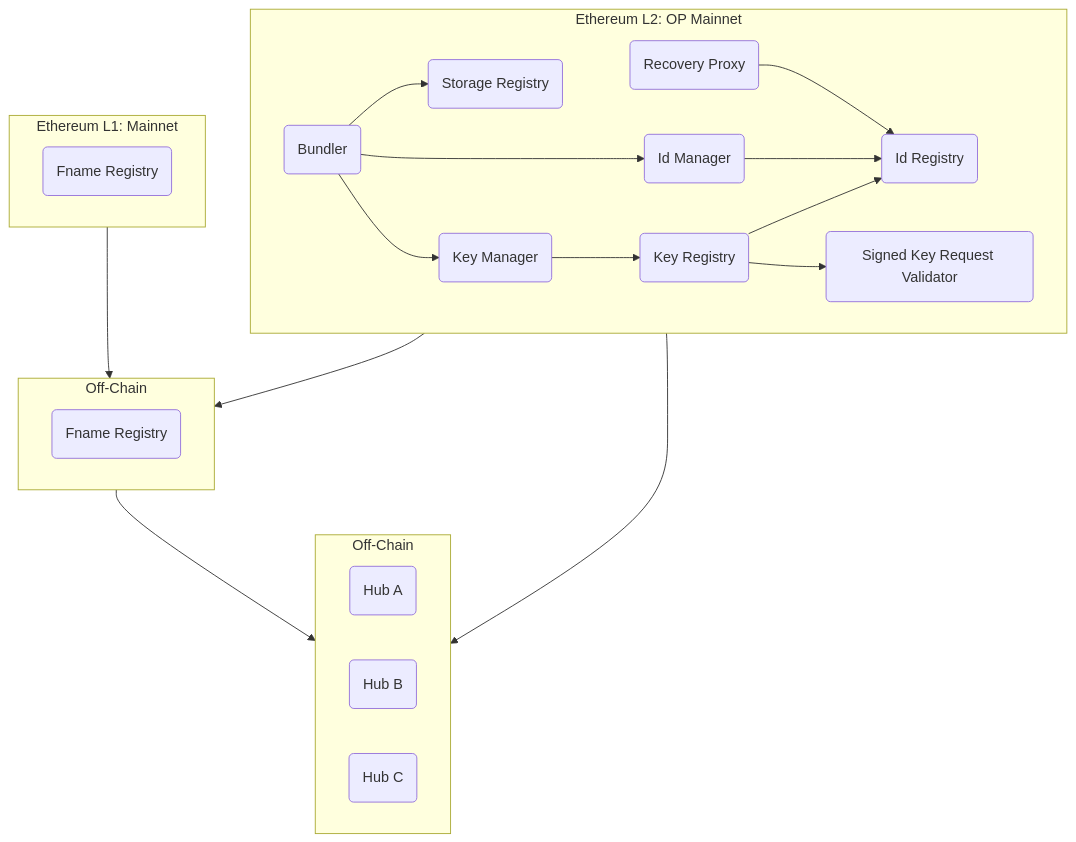
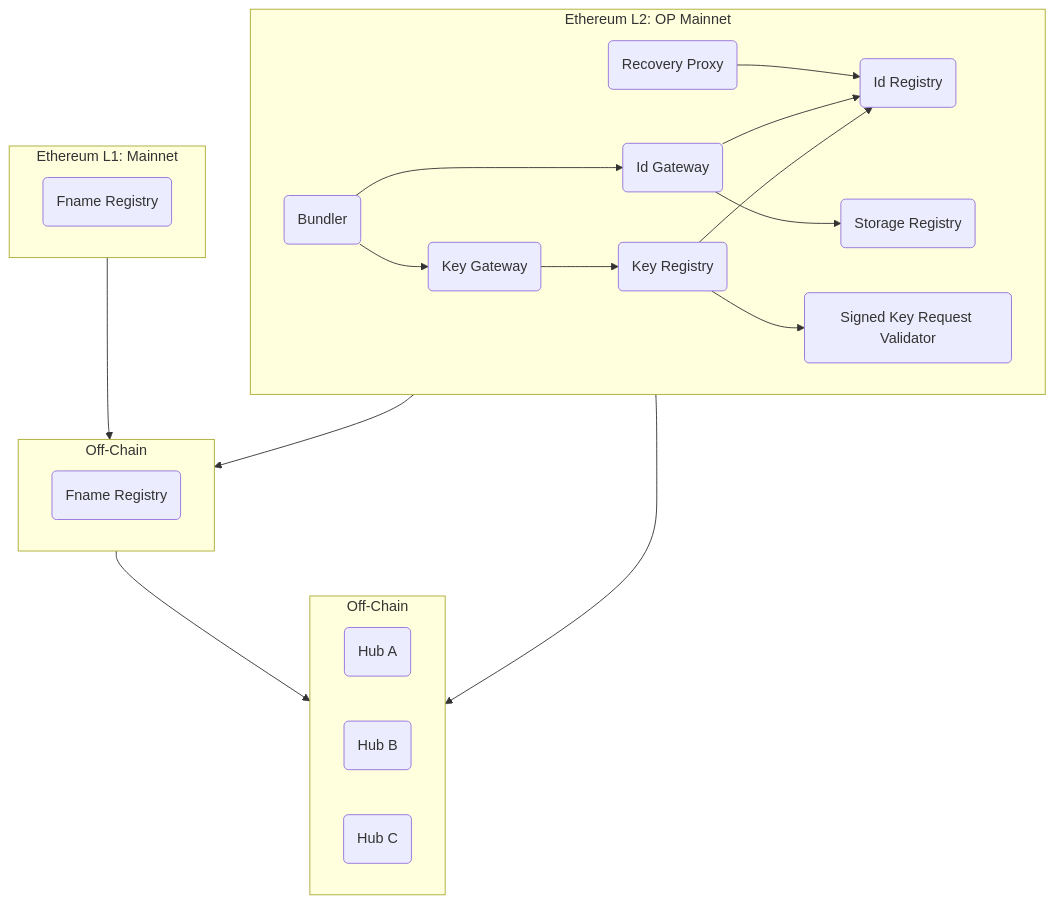
Before and after one commit to farcasterxyz/contracts: the first of 3 diagrams in docs/docs.md, drawn with Mermaid. The commit also changed other lines of this file and 14 other files, not shown here.

````diff
--- a/docs/docs.md
+++ b/docs/docs.md
@@ -7,33 +7,33 @@
 ```mermaid
 
 graph TD
 
     subgraph ETHL1["Ethereum L1: Mainnet"]
     FR(Fname Registry)
     end
 
     subgraph Offchain["Off-Chain"]
     FS(Fname Registry)
     end
 
     subgraph Hubs["Off-Chain"]
     Hub1(Hub A)
     Hub2(Hub B)
     Hub3(Hub C)
     end
 
     subgraph ETHL2["Ethereum L2: OP Mainnet"]
     RP(Recovery Proxy) --> IR(Id Registry)
-    BN(Bundler) --> IM(Id Manager) & SR(Storage Registry) & KM(Key Manager)
-    KM --> KR(Key Registry)
-    IM --> IR
+    BN(Bundler) --> IG(Id Gateway) & KG(Key Gateway)
+    KG --> KR(Key Registry)
+    IG --> IR & SR(Storage Registry)
     KR --> IR
     KR --> SKRV(Signed Key Request Validator)
     end
 
 
     ETHL1 --> Offchain
     ETHL2 --> Offchain
     Offchain --> Hubs
     ETHL2 --> Hubs
 ```
````
